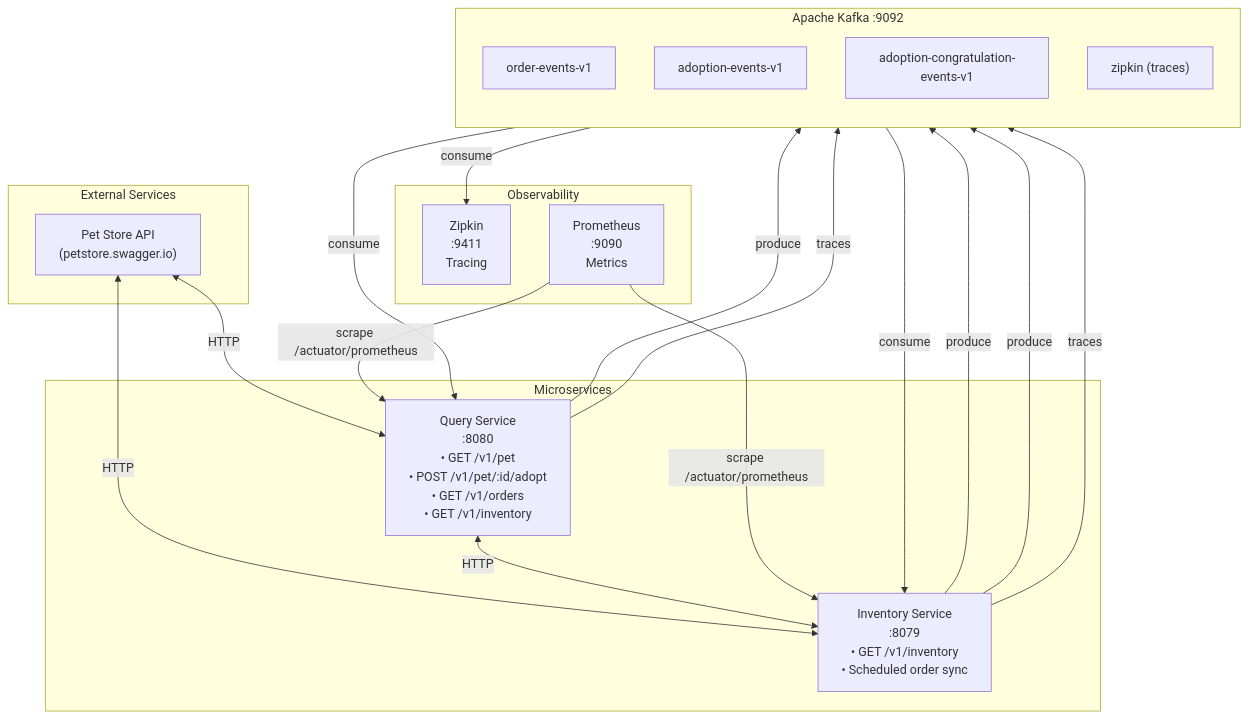
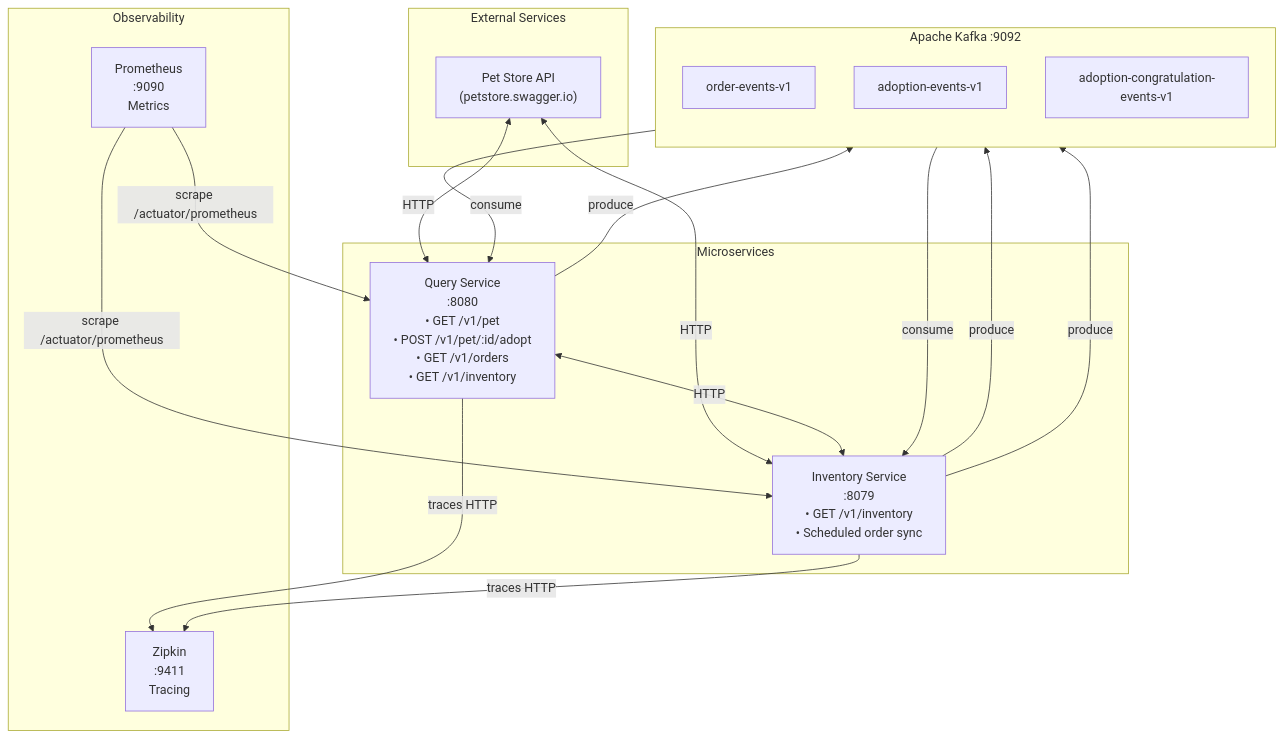
The diagram in README.md (hdmsantander/microservices-ops-demo), drawn with Mermaid before and after one commit. The commit also changed other lines of this file and 8 other files, not shown here.

````diff
--- a/README.md
+++ b/README.md
@@ -46,41 +46,39 @@
 ```mermaid
 flowchart TB
     subgraph External["External Services"]
         PetStore["Pet Store API<br/>(petstore.swagger.io)"]
     end
 
     subgraph Microservices["Microservices"]
         Query["Query Service<br/>:8080<br/>• GET /v1/pet<br/>• POST /v1/pet/:id/adopt<br/>• GET /v1/orders<br/>• GET /v1/inventory"]
         Inventory["Inventory Service<br/>:8079<br/>• GET /v1/inventory<br/>• Scheduled order sync"]
     end
 
     subgraph Kafka["Apache Kafka :9092"]
         direction TB
         OE["order-events-v1"]
         AE["adoption-events-v1"]
         ACE["adoption-congratulation-events-v1"]
-        ZipkinTopic["zipkin (traces)"]
     end
 
     subgraph Observability["Observability"]
         Zipkin["Zipkin<br/>:9411<br/>Tracing"]
         Prometheus["Prometheus<br/>:9090<br/>Metrics"]
     end
 
     PetStore <-->|HTTP| Query
     PetStore <-->|HTTP| Inventory
     Query <-->|HTTP| Inventory
 
     Inventory -->|produce| OE
     OE -->|consume| Query
     Query -->|produce| AE
     AE -->|consume| Inventory
     Inventory -->|produce| ACE
 
-    Query -->|traces| ZipkinTopic
-    Inventory -->|traces| ZipkinTopic
-    ZipkinTopic -->|consume| Zipkin
+    Query -->|traces HTTP| Zipkin
+    Inventory -->|traces HTTP| Zipkin
 
     Prometheus -->|scrape /actuator/prometheus| Query
     Prometheus -->|scrape /actuator/prometheus| Inventory
 ```
````
